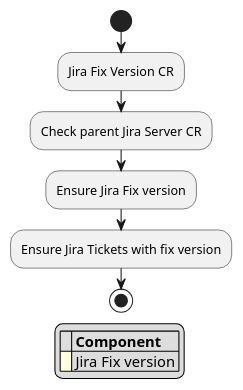
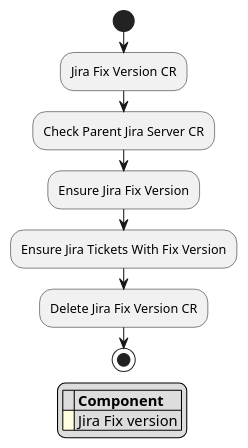
Before and after one commit to epam/edp-codebase-operator: the diagram in documentation/puml/jira_fix_version_chain.puml, drawn with PlantUML. The commit also changed 3 other files, not shown here.

First line of the commit message:
[ARCH] Add arch documentation for Jira Fix version controller.

```diff
--- a/documentation/puml/jira_fix_version_chain.puml
+++ b/documentation/puml/jira_fix_version_chain.puml
@@ -1,13 +1,14 @@
 @startuml
 start
 :Jira Fix Version CR;
-:Check parent Jira Server CR;
-:Ensure Jira Fix version;
-:Ensure Jira Tickets with fix version;
+:Check Parent Jira Server CR;
+:Ensure Jira Fix Version;
+:Ensure Jira Tickets With Fix Version;
+:Delete Jira Fix Version CR;
 stop
 
 legend
 |= |= Component |
 |<back:#lightyellow>   </back>| Jira Fix version |
 endlegend
 @enduml
```
